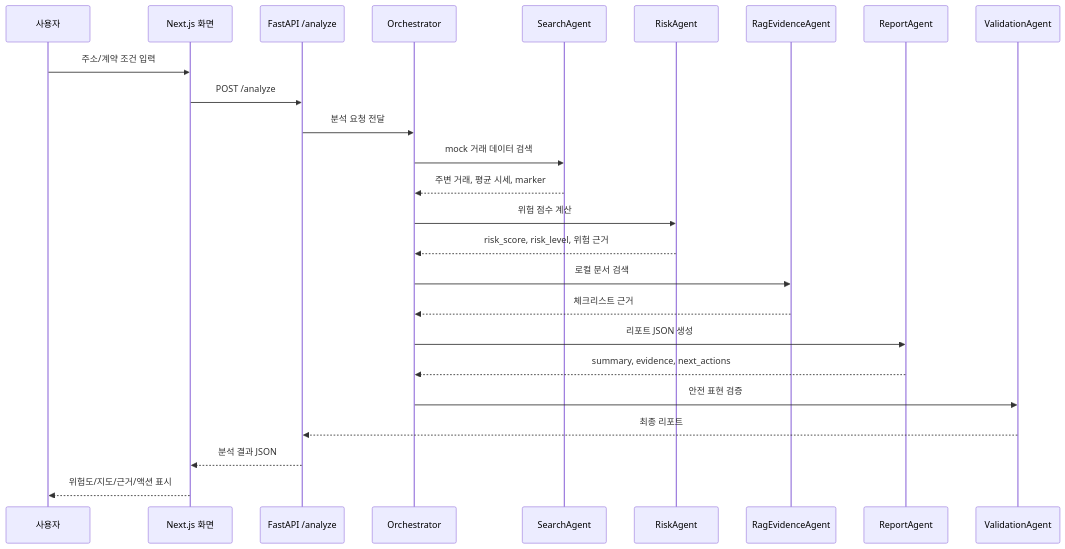
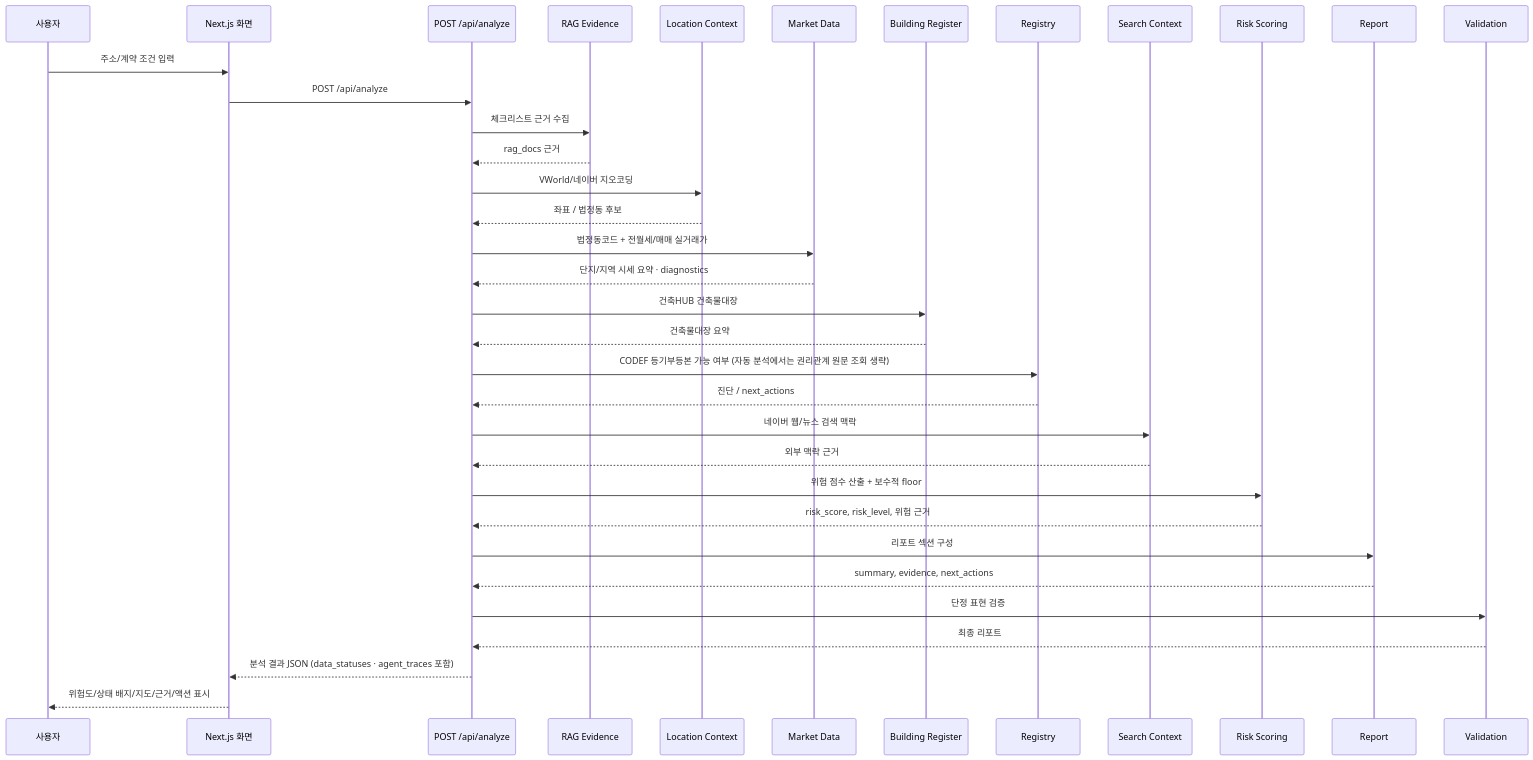
One commit to monglesb-ui/trustark changed the second of 2 diagrams in realestate-rag-copilot/docs/TRUST_ARK_ARCHITECTURE_DIAGRAMS.md. Above: the diagram before and after it, drawn with Mermaid. The commit also changed other lines of this file and 37 other files, not shown here.

````diff
--- a/realestate-rag-copilot/docs/TRUST_ARK_ARCHITECTURE_DIAGRAMS.md
+++ b/realestate-rag-copilot/docs/TRUST_ARK_ARCHITECTURE_DIAGRAMS.md
@@ -63,34 +87,47 @@
 ```mermaid
 sequenceDiagram
     participant User as 사용자
     participant FE as Next.js 화면
-    participant API as FastAPI /analyze
-    participant OR as Orchestrator
-    participant DA as SearchAgent
-    participant RA as RiskAgent
-    participant RAG as RagEvidenceAgent
-    participant RP as ReportAgent
-    participant VA as ValidationAgent
+    participant API as POST /api/analyze
+    participant RAG as RAG Evidence
+    participant LOC as Location Context
+    participant MKT as Market Data
+    participant BLD as Building Register
+    participant REG as Registry
+    participant SRC as Search Context
+    participant RISK as Risk Scoring
+    participant RP as Report
+    participant VA as Validation
 
     User->>FE: 주소/계약 조건 입력
-    FE->>API: POST /analyze
-    API->>OR: 분석 요청 전달
+    FE->>API: POST /api/analyze
+    API->>RAG: 체크리스트 근거 수집
+    RAG-->>API: rag_docs 근거
 
-    OR->>DA: mock 거래 데이터 검색
-    DA-->>OR: 주변 거래, 평균 시세, marker
+    API->>LOC: VWorld/네이버 지오코딩
+    LOC-->>API: 좌표 / 법정동 후보
 
-    OR->>RA: 위험 점수 계산
-    RA-->>OR: risk_score, risk_level, 위험 근거
+    API->>MKT: 법정동코드 + 전월세/매매 실거래가
+    MKT-->>API: 단지/지역 시세 요약 · diagnostics
 
-    OR->>RAG: 로컬 문서 검색
-    RAG-->>OR: 체크리스트 근거
+    API->>BLD: 건축HUB 건축물대장
+    BLD-->>API: 건축물대장 요약
 
-    OR->>RP: 리포트 JSON 생성
-    RP-->>OR: summary, evidence, next_actions
+    API->>REG: CODEF 등기부등본 가능 여부 (자동 분석에서는 권리관계 원문 조회 생략)
+    REG-->>API: 진단 / next_actions
 
-    OR->>VA: 안전 표현 검증
+    API->>SRC: 네이버 웹/뉴스 검색 맥락
+    SRC-->>API: 외부 맥락 근거
+
+    API->>RISK: 위험 점수 산출 + 보수적 floor
+    RISK-->>API: risk_score, risk_level, 위험 근거
+
+    API->>RP: 리포트 섹션 구성
+    RP-->>API: summary, evidence, next_actions
+
+    API->>VA: 단정 표현 검증
     VA-->>API: 최종 리포트
 
-    API-->>FE: 분석 결과 JSON
-    FE-->>User: 위험도/지도/근거/액션 표시
+    API-->>FE: 분석 결과 JSON (data_statuses · agent_traces 포함)
+    FE-->>User: 위험도/상태 배지/지도/근거/액션 표시
 ```
````
